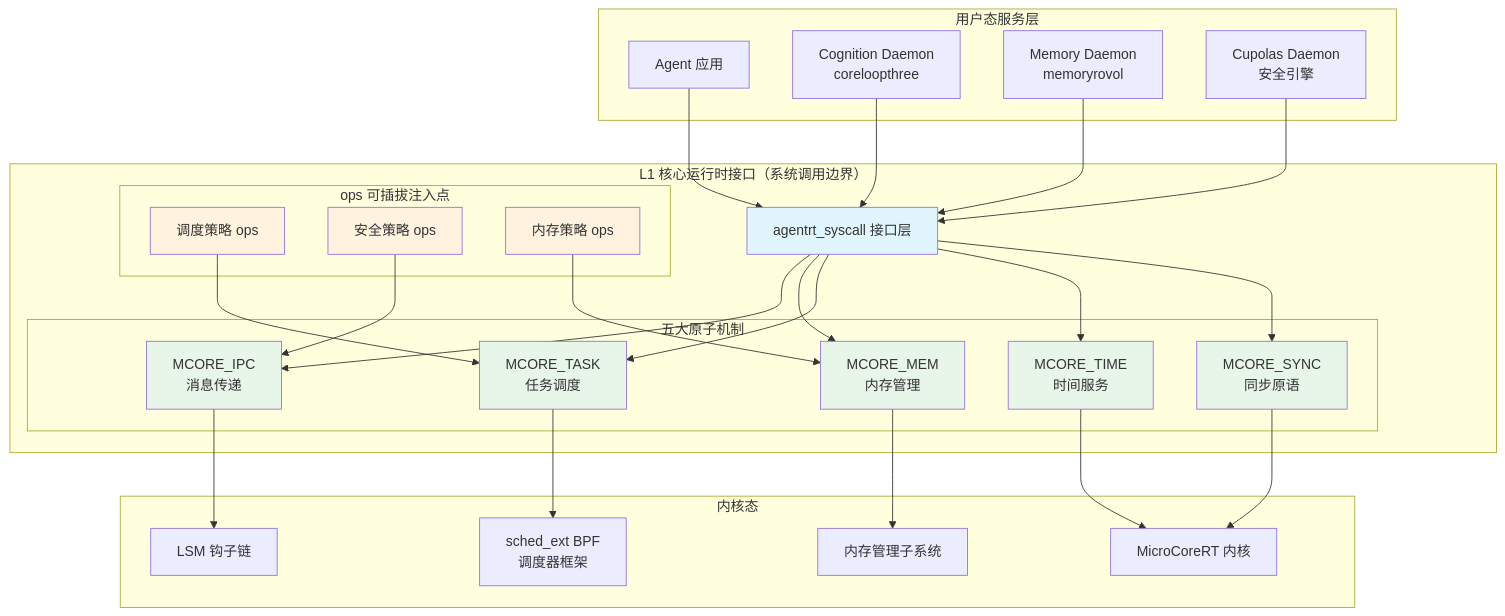
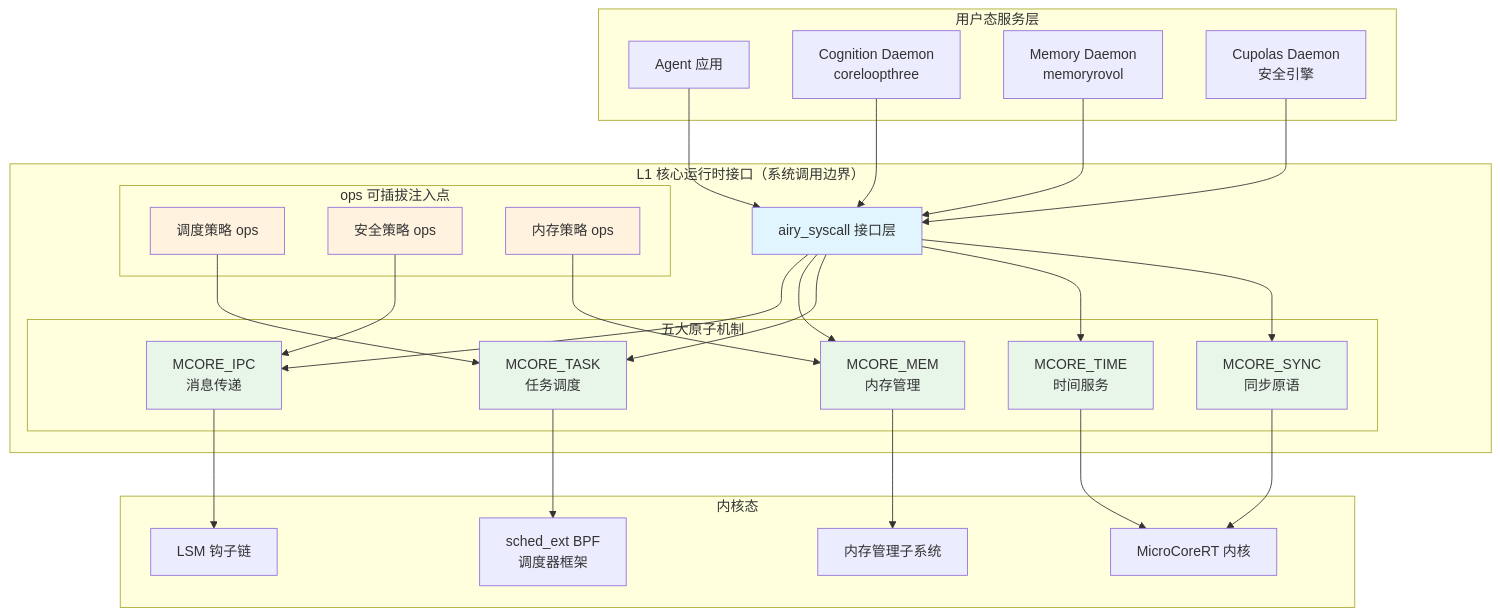
Before and after one commit to openairymax/docs-linux: the first of 2 diagrams in 50-engineering-standards/30-runtime-interfaces/L1_runtime_interface.md, drawn with Mermaid. The commit also changed other lines of this file and 132 other files, not shown here.

Commit message:
chore: 完成全项目命名空间从agentrt到airy的统一替换 本次提交完成了代码库中所有`agentrt_`相关命名空间、宏定义、标识符的统一替换，改为`airy_`前缀，同时完成了部分文档的排版优化与路径修正： 1. 替换了所有API函数、结构体、宏定义的命名前缀 2. 更新了文档中的示例代码与引用路径

````diff
--- a/50-engineering-standards/30-runtime-interfaces/L1_runtime_interface.md
+++ b/50-engineering-standards/30-runtime-interfaces/L1_runtime_interface.md
@@ -72,65 +74,65 @@
 ```mermaid
 graph TB
     subgraph "用户态服务层"
         US1["Agent 应用"]
         US2["Cognition Daemon<br/>coreloopthree"]
         US3["Memory Daemon<br/>memoryrovol"]
         US4["Cupolas Daemon<br/>安全引擎"]
     end
     
     subgraph "L1 核心运行时接口（系统调用边界）"
-        SYSCALL["agentrt_syscall 接口层"]
+        SYSCALL["airy_syscall 接口层"]
         
         subgraph "五大原子机制"
             IPC["MCORE_IPC<br/>消息传递"]
             MEM["MCORE_MEM<br/>内存管理"]
             TASK["MCORE_TASK<br/>任务调度"]
             TIME["MCORE_TIME<br/>时间服务"]
             SYNC["MCORE_SYNC<br/>同步原语"]
         end
         
         subgraph "ops 可插拔注入点"
             SCHED_OPS["调度策略 ops"]
             SEC_OPS["安全策略 ops"]
             MEM_OPS["内存策略 ops"]
         end
     end
     
     subgraph "内核态"
         KERNEL["MicroCoreRT 内核"]
         SCHED_EXT["sched_ext BPF<br/>调度器框架"]
         LSM["LSM 钩子链"]
         MM["内存管理子系统"]
     end
     
     US1 --> SYSCALL
     US2 --> SYSCALL
     US3 --> SYSCALL
     US4 --> SYSCALL
     
     SYSCALL --> IPC
     SYSCALL --> MEM
     SYSCALL --> TASK
     SYSCALL --> TIME
     SYSCALL --> SYNC
     
     SCHED_OPS --> TASK
     SEC_OPS --> IPC
     MEM_OPS --> MEM
     
     TASK --> SCHED_EXT
     IPC --> LSM
     MEM --> MM
     TIME --> KERNEL
     SYNC --> KERNEL
     
     style SYSCALL fill:#e1f5fe
     style IPC fill:#e8f5e9
     style MEM fill:#e8f5e9
     style TASK fill:#e8f5e9
     style TIME fill:#e8f5e9
     style SYNC fill:#e8f5e9
     style SCHED_OPS fill:#fff3e0
     style SEC_OPS fill:#fff3e0
     style MEM_OPS fill:#fff3e0
 ```
````
